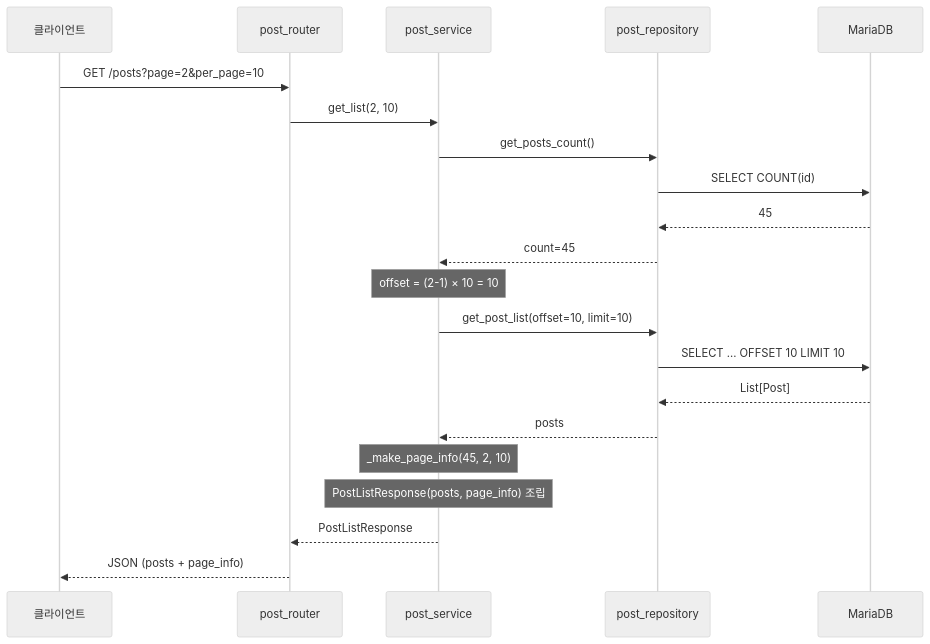
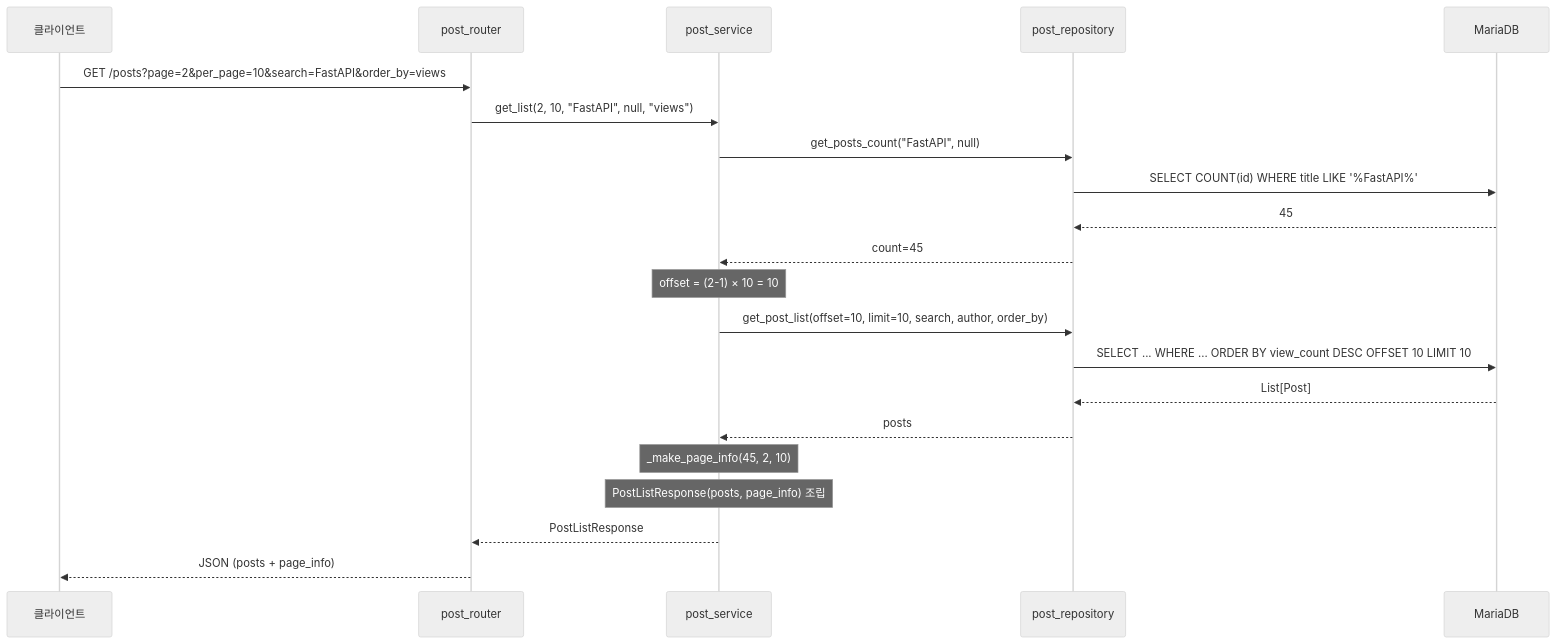
One commit to samam0234/post_api changed the eighth of 10 diagrams in STRUCTURE_GUIDE.md. Above: the diagram before and after it, drawn with Mermaid (neutral theme). The commit also changed other lines of this file, not shown here.

````diff
--- a/STRUCTURE_GUIDE.md
+++ b/STRUCTURE_GUIDE.md
@@ -849,24 +1035,24 @@
 ```mermaid
 sequenceDiagram
     participant C as 클라이언트
     participant R as post_router
     participant S as post_service
     participant Rep as post_repository
     participant DB as MariaDB
 
-    C->>R: GET /posts?page=2&per_page=10
-    R->>S: get_list(2, 10)
-    S->>Rep: get_posts_count()
-    Rep->>DB: SELECT COUNT(id)
+    C->>R: GET /posts?page=2&per_page=10&search=FastAPI&order_by=views
+    R->>S: get_list(2, 10, "FastAPI", null, "views")
+    S->>Rep: get_posts_count("FastAPI", null)
+    Rep->>DB: SELECT COUNT(id) WHERE title LIKE '%FastAPI%'
     DB-->>Rep: 45
     Rep-->>S: count=45
     Note over S: offset = (2-1) × 10 = 10
-    S->>Rep: get_post_list(offset=10, limit=10)
-    Rep->>DB: SELECT ... OFFSET 10 LIMIT 10
+    S->>Rep: get_post_list(offset=10, limit=10, search, author, order_by)
+    Rep->>DB: SELECT ... WHERE ... ORDER BY view_count DESC OFFSET 10 LIMIT 10
     DB-->>Rep: List[Post]
     Rep-->>S: posts
     Note over S: _make_page_info(45, 2, 10)
     Note over S: PostListResponse(posts, page_info) 조립
     S-->>R: PostListResponse
     R-->>C: JSON (posts + page_info)
 ```
````
